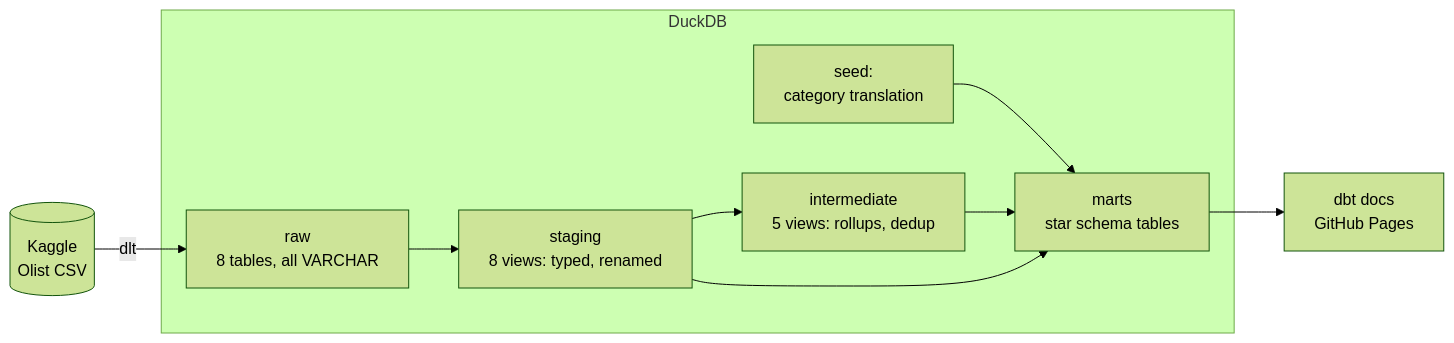
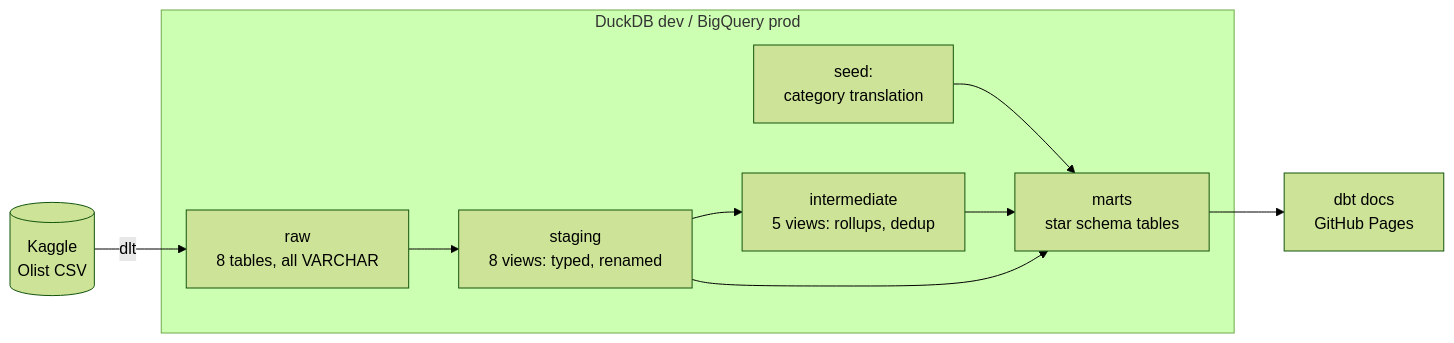
One commit to ShuCiG/olist-analytics-dbt changed the first of 3 diagrams in README.md. Above: the diagram before and after it, drawn with Mermaid (forest theme). The commit also changed other lines of this file and 4 other files, not shown here.

First line of the commit message:
ci: deploy to BigQuery prod on merge and slim CI on pull requests

````diff
--- a/README.md
+++ b/README.md
@@ -26,13 +26,13 @@
 ```mermaid
 flowchart LR
     kaggle[(Kaggle<br/>Olist CSV)] -->|dlt| raw
-    subgraph duckdb[DuckDB]
+    subgraph wh[DuckDB dev / BigQuery prod]
         raw[raw<br/>8 tables, all VARCHAR] --> staging
         seed[seed:<br/>category translation] --> marts
         staging[staging<br/>8 views: typed, renamed] --> intermediate
         intermediate[intermediate<br/>5 views: rollups, dedup] --> marts
         staging --> marts
         marts[marts<br/>star schema tables]
     end
     marts --> docs[dbt docs<br/>GitHub Pages]
 ```
````
